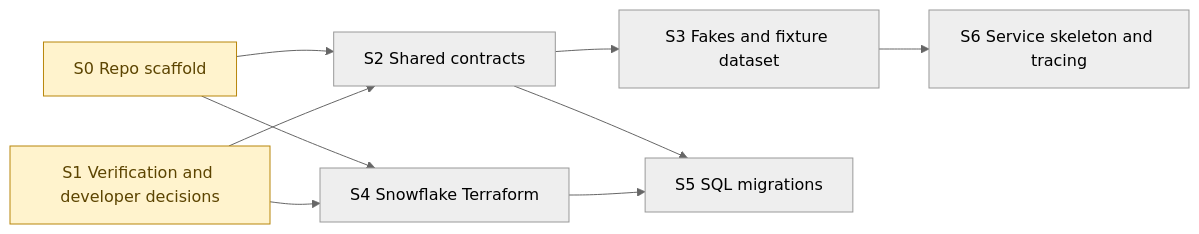
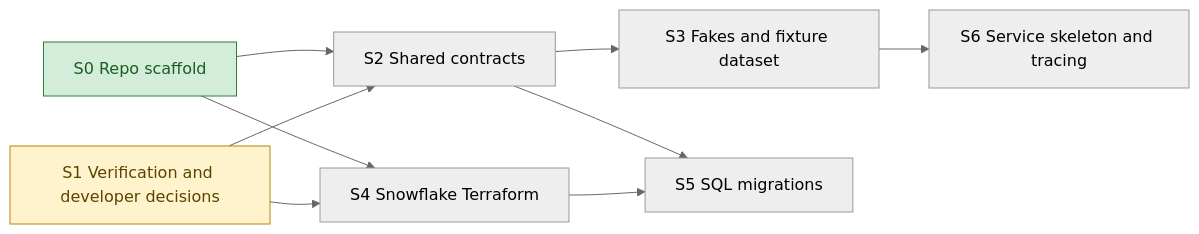
One commit to lofeodo/agentic-jev-trader changed the diagram in docs/foundation/ROADMAP.md. Above: the diagram before and after it, drawn with Mermaid (neutral theme). The commit also changed other lines of this file and 3 other files, not shown here.

````diff
--- a/docs/foundation/ROADMAP.md
+++ b/docs/foundation/ROADMAP.md
@@ -29,22 +29,22 @@
 ```mermaid
 graph LR
     S0[S0 Repo scaffold]
     S1[S1 Verification and developer decisions]
     S2[S2 Shared contracts]
     S3[S3 Fakes and fixture dataset]
     S4[S4 Snowflake Terraform]
     S5[S5 SQL migrations]
     S6[S6 Service skeleton and tracing]
     S0 --> S2
     S1 --> S2
     S2 --> S3
     S0 --> S4
     S1 --> S4
     S2 --> S5
     S4 --> S5
     S3 --> S6
     classDef done fill:#d4edda,stroke:#2e7d32,color:#1b5e20
     classDef ready fill:#fff3cd,stroke:#b8860b,color:#5c4400
-    %% class <steps> done   (none yet)
-    class S0,S1 ready
+    class S0 done
+    class S1 ready
 ```
````
